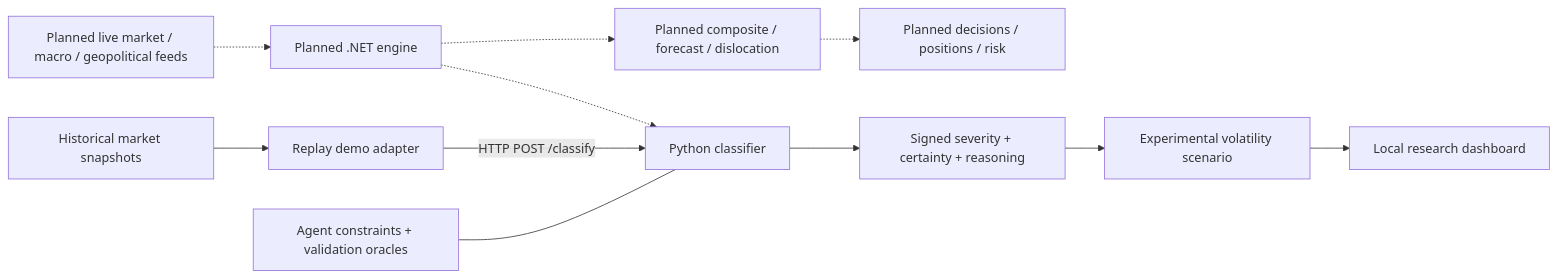
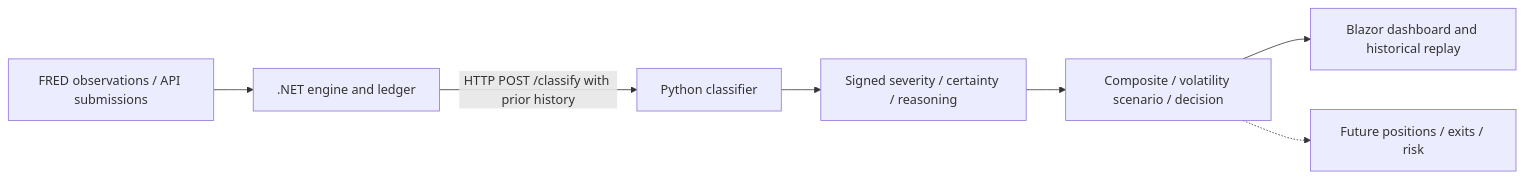
One commit to raadupop/primescore-markets changed the diagram in README.md. Above: the diagram before and after it, drawn with Mermaid. The commit also changed other lines of this file and 26 other files, not shown here.

````diff
--- a/README.md
+++ b/README.md
@@ -9,13 +9,9 @@
 ```mermaid
 flowchart LR
-    R[Historical market snapshots] --> D[Replay demo adapter]
-    D -->|HTTP POST /classify| C[Python classifier]
-    C --> S[Signed severity + certainty + reasoning]
-    S --> V[Experimental volatility scenario]
-    V --> U[Local research dashboard]
-    E[Planned live market / macro / geopolitical feeds] -.-> N[Planned .NET engine]
-    N -.-> C
-    N -.-> F[Planned composite / forecast / dislocation]
-    F -.-> P[Planned decisions / positions / risk]
-    H[Agent constraints + validation oracles] --- C
+    R[FRED observations / API submissions] --> N[.NET engine and ledger]
+    N -->|HTTP POST /classify with prior history| C[Python classifier]
+    C --> S[Signed severity / certainty / reasoning]
+    S --> V[Composite / volatility scenario / decision]
+    V --> U[Blazor dashboard and historical replay]
+    V -.-> P[Future positions / exits / risk]
 ```
````
